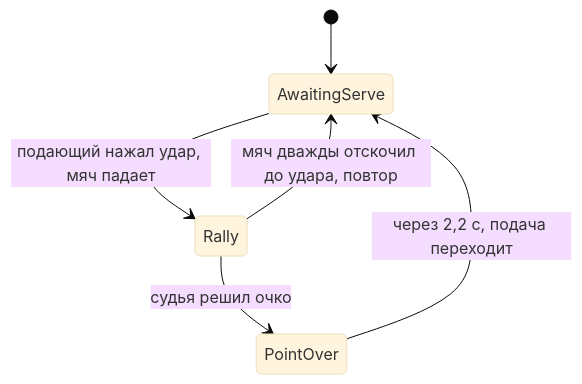
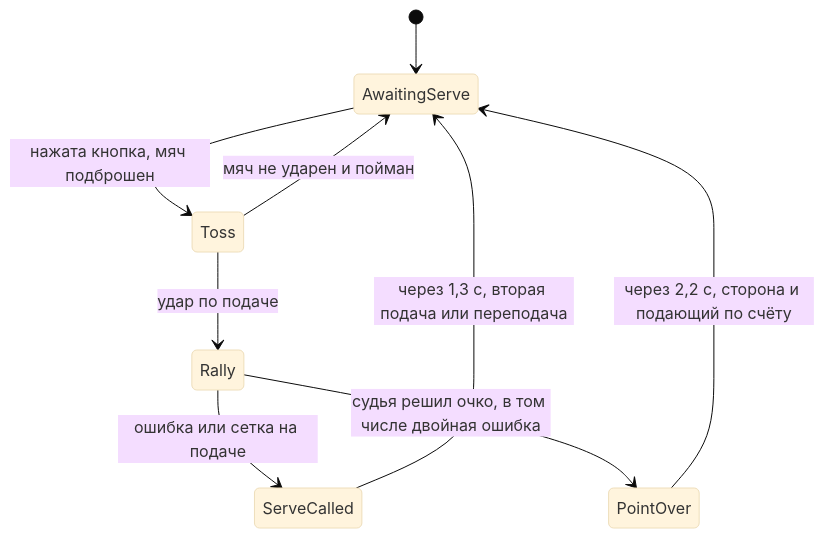
The second of 3 diagrams in docs/ARCHITECTURE.md (BlkDem/tennis), drawn with Mermaid (base theme) before and after one commit. The commit also changed other lines of this file and 31 other files, not shown here.

````diff
--- a/docs/ARCHITECTURE.md
+++ b/docs/ARCHITECTURE.md
@@ -64,8 +69,11 @@
 ```mermaid
 stateDiagram-v2
     [*] --> AwaitingServe
-    AwaitingServe --> Rally: подающий нажал удар, мяч падает
-    Rally --> AwaitingServe: мяч дважды отскочил до удара, повтор
-    Rally --> PointOver: судья решил очко
-    PointOver --> AwaitingServe: через 2,2 с, подача переходит
+    AwaitingServe --> Toss: нажата кнопка, мяч подброшен
+    Toss --> AwaitingServe: мяч не ударен и пойман
+    Toss --> Rally: удар по подаче
+    Rally --> ServeCalled: ошибка или сетка на подаче
+    ServeCalled --> AwaitingServe: через 1,3 с, вторая подача или переподача
+    Rally --> PointOver: судья решил очко, в том числе двойная ошибка
+    PointOver --> AwaitingServe: через 2,2 с, сторона и подающий по счёту
 ```
````
